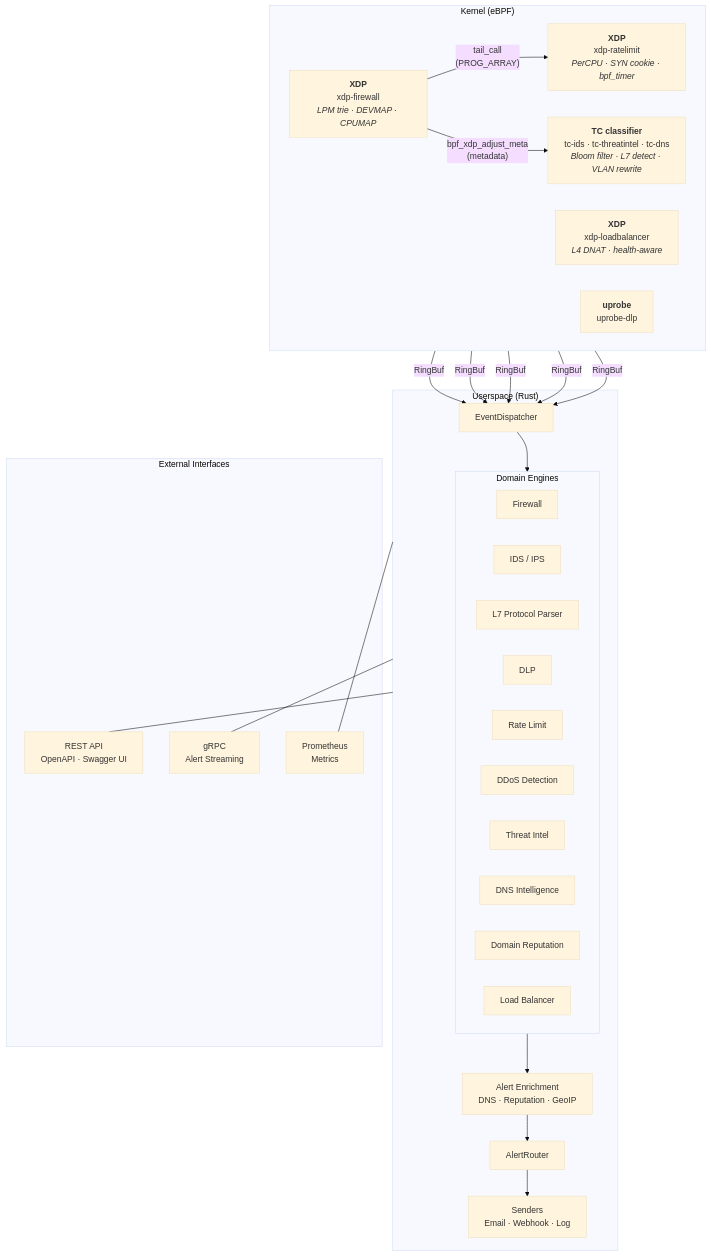
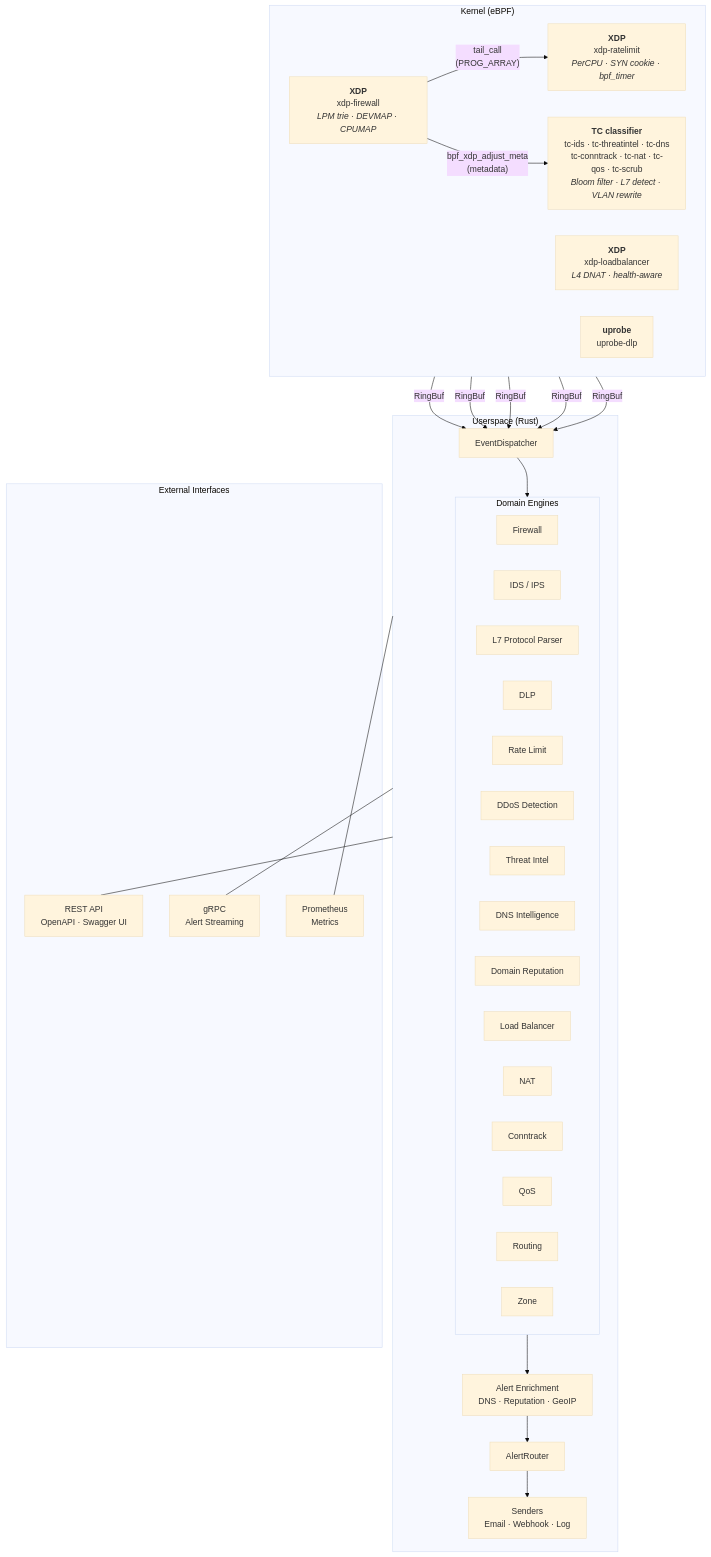
The diagram in architecture/overview.md (ebpfsentinel/ebpfsentinel-docs), drawn with Mermaid (base theme) before and after one commit. The commit also changed other lines of this file and 3 other files, not shown here.

Commit message:
docs(architecture): update counts, dependencies, and missing components to match codebase

````diff
--- a/architecture/overview.md
+++ b/architecture/overview.md
@@ -8,55 +8,60 @@
 ```mermaid
 graph TB
     subgraph Kernel["Kernel (eBPF)"]
         direction LR
         XDP_FW["<b>XDP</b><br/>xdp-firewall<br/><i>LPM trie · DEVMAP · CPUMAP</i>"]
         XDP_RL["<b>XDP</b><br/>xdp-ratelimit<br/><i>PerCPU · SYN cookie · bpf_timer</i>"]
         XDP_LB["<b>XDP</b><br/>xdp-loadbalancer<br/><i>L4 DNAT · health-aware</i>"]
-        TC["<b>TC classifier</b><br/>tc-ids · tc-threatintel · tc-dns<br/><i>Bloom filter · L7 detect · VLAN rewrite</i>"]
+        TC["<b>TC classifier</b><br/>tc-ids · tc-threatintel · tc-dns<br/>tc-conntrack · tc-nat · tc-qos · tc-scrub<br/><i>Bloom filter · L7 detect · VLAN rewrite</i>"]
         UPROBE["<b>uprobe</b><br/>uprobe-dlp"]
         XDP_FW -->|"tail_call<br/>(PROG_ARRAY)"| XDP_RL
         XDP_FW -->|"bpf_xdp_adjust_meta<br/>(metadata)"| TC
     end
 
     XDP_FW -->|RingBuf| ED
     XDP_RL -->|RingBuf| ED
     XDP_LB -->|RingBuf| ED
     TC -->|RingBuf| ED
     UPROBE -->|RingBuf| ED
 
     subgraph Userspace["Userspace (Rust)"]
         ED[EventDispatcher]
 
         subgraph Engines["Domain Engines"]
             FW[Firewall]
             IDS[IDS / IPS]
             L7[L7 Protocol Parser]
             DLP[DLP]
             RL[Rate Limit]
             DDOS[DDoS Detection]
             TI[Threat Intel]
             DNS[DNS Intelligence]
             DR[Domain Reputation]
             LB[Load Balancer]
+            NAT[NAT]
+            CT[Conntrack]
+            QOS[QoS]
+            RT[Routing]
+            ZN[Zone]
         end
 
         ENRICH["Alert Enrichment<br/>DNS · Reputation · GeoIP"]
         AR[AlertRouter]
         Senders["Senders<br/>Email · Webhook · Log"]
 
         ED --> Engines
         Engines --> ENRICH
         ENRICH --> AR
         AR --> Senders
     end
 
     subgraph Interfaces["External Interfaces"]
         REST["REST API<br/>OpenAPI · Swagger UI"]
         GRPC["gRPC<br/>Alert Streaming"]
         PROM["Prometheus<br/>Metrics"]
     end
 
     Userspace --- REST
     Userspace --- GRPC
     Userspace --- PROM
 ```
````
